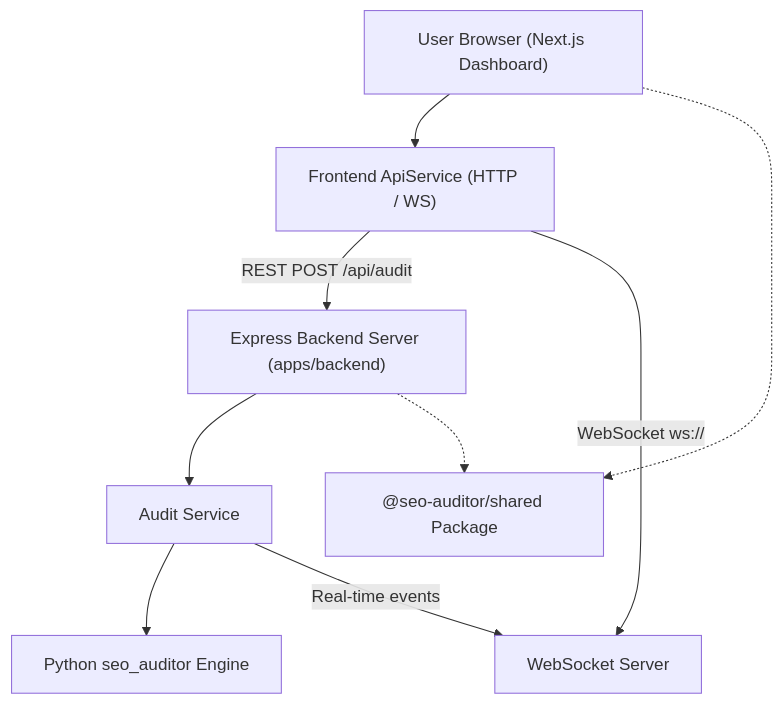
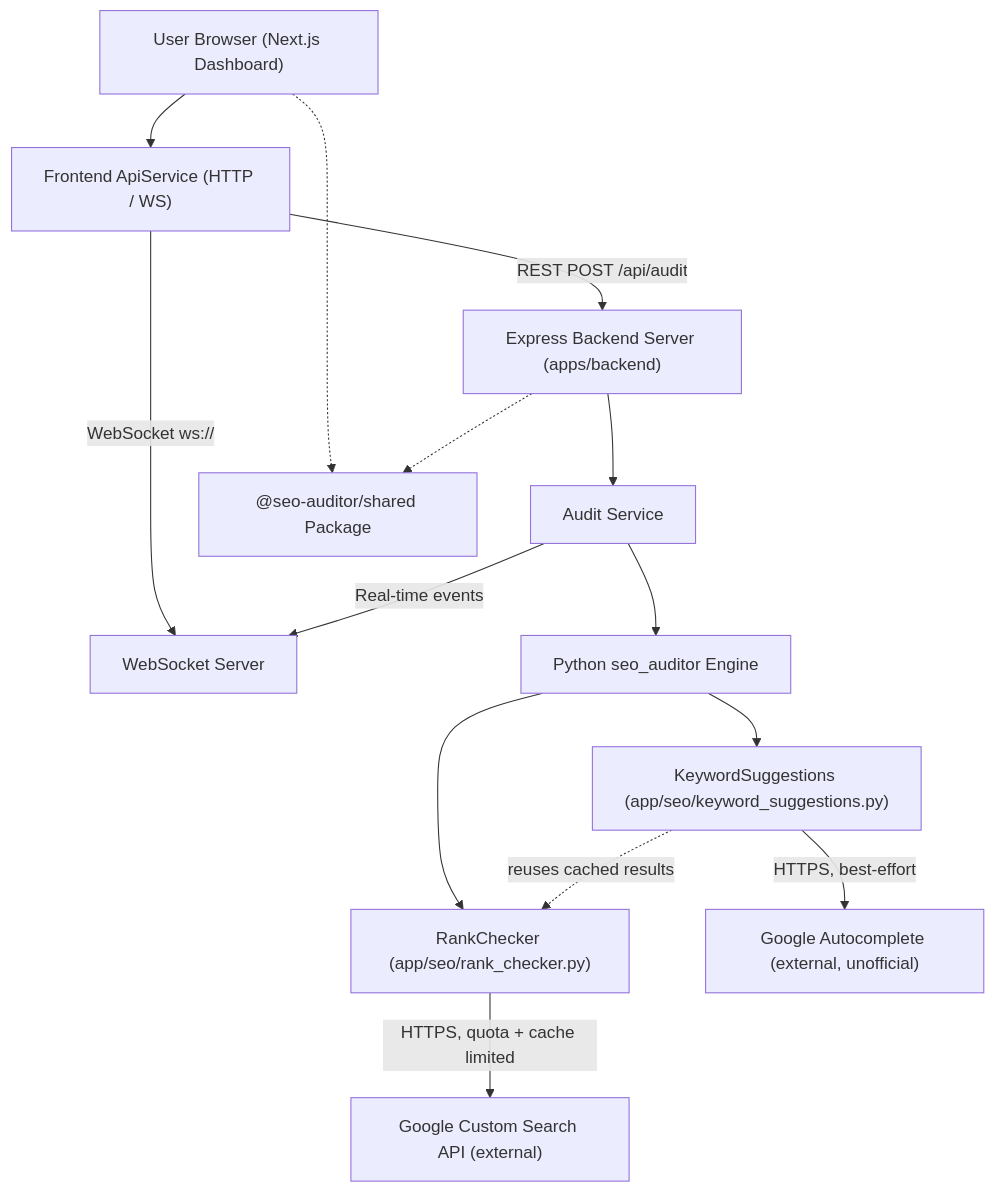
The diagram in docs/architecture.md (yatindvn/seo-auditor), drawn with Mermaid before and after one commit. The commit also changed other lines of this file and 2 other files, not shown here.

Commit message:
docs: document keyword intelligence request params, env vars, and architecture

````diff
--- a/docs/architecture.md
+++ b/docs/architecture.md
@@ -3,19 +3,28 @@
 ```mermaid
 flowchart TD
     Client["User Browser (Next.js Dashboard)"]
     ApiService["Frontend ApiService (HTTP / WS)"]
     Backend["Express Backend Server (apps/backend)"]
     WsServer["WebSocket Server"]
     AuditService["Audit Service"]
     PythonEngine["Python seo_auditor Engine"]
+    RankChecker["RankChecker (app/seo/rank_checker.py)"]
+    KeywordSuggestions["KeywordSuggestions (app/seo/keyword_suggestions.py)"]
+    GoogleCSE["Google Custom Search API (external)"]
+    GoogleAutocomplete["Google Autocomplete (external, unofficial)"]
     SharedPkg["@seo-auditor/shared Package"]
 
     Client --> ApiService
     ApiService -->|REST POST /api/audit| Backend
     ApiService -->|WebSocket ws://| WsServer
     Backend --> AuditService
     AuditService --> PythonEngine
+    PythonEngine --> RankChecker
+    PythonEngine --> KeywordSuggestions
+    RankChecker -->|HTTPS, quota + cache limited| GoogleCSE
+    KeywordSuggestions -->|HTTPS, best-effort| GoogleAutocomplete
+    KeywordSuggestions -.->|reuses cached results| RankChecker
     AuditService -->|Real-time events| WsServer
     Client -.-> SharedPkg
     Backend -.-> SharedPkg
 ```
````
